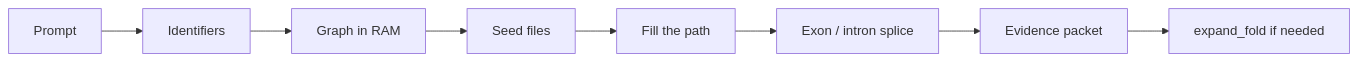
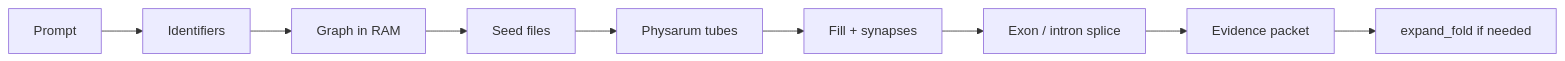
One commit to pinoox/neuromesh changed the diagram in README.md. Above: the diagram before and after it, drawn with Mermaid. The commit also changed other lines of this file and 23 other files, not shown here.

Commit message:
feat: wire folds, physarum tubes, and synaptic fill to get_context

````diff
--- a/README.md
+++ b/README.md
@@ -86,10 +86,11 @@
 ```mermaid
 flowchart LR
   P[Prompt] --> I[Identifiers]
   I --> G[Graph in RAM]
   G --> S[Seed files]
-  S --> F[Fill the path]
+  S --> T[Physarum tubes]
+  T --> F[Fill + synapses]
   F --> X[Exon / intron splice]
   X --> E[Evidence packet]
   E --> W[expand_fold if needed]
 ```
````
